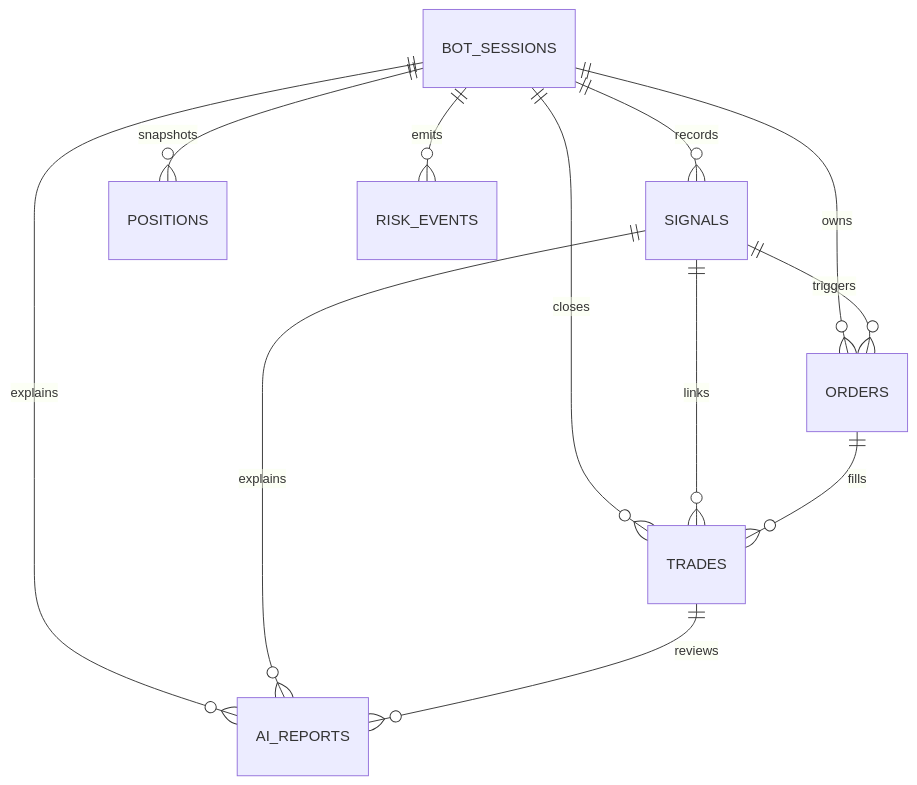
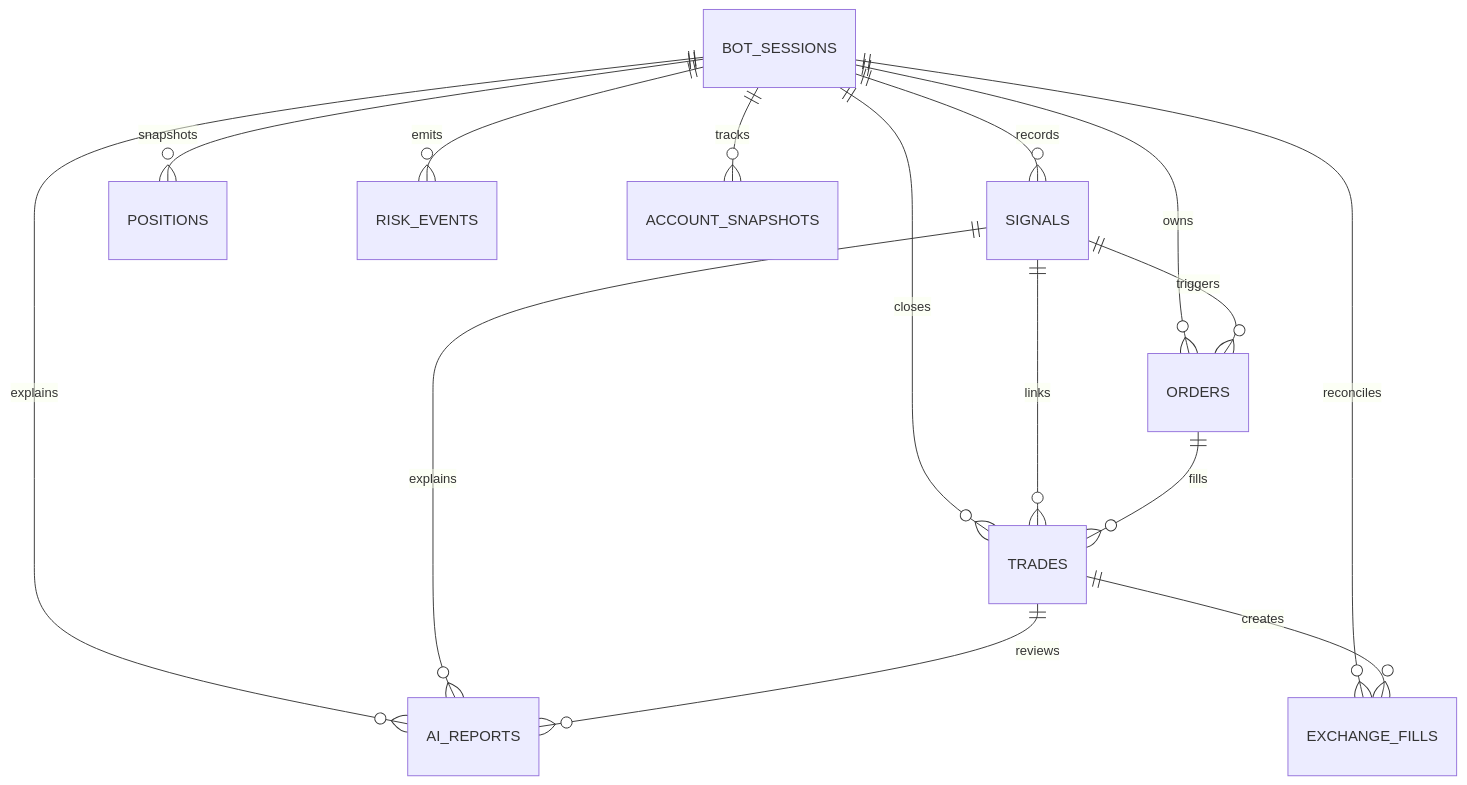
The second of 2 diagrams in docs/architecture.md (preethve11/lwk-futures-Trading-Bot), drawn with Mermaid before and after one commit. The commit also changed other lines of this file and 31 other files, not shown here.

````diff
--- a/docs/architecture.md
+++ b/docs/architecture.md
@@ -58,14 +63,17 @@
 ```mermaid
 erDiagram
     BOT_SESSIONS ||--o{ SIGNALS : records
     BOT_SESSIONS ||--o{ ORDERS : owns
     BOT_SESSIONS ||--o{ POSITIONS : snapshots
     BOT_SESSIONS ||--o{ TRADES : closes
     BOT_SESSIONS ||--o{ RISK_EVENTS : emits
     BOT_SESSIONS ||--o{ AI_REPORTS : explains
+    BOT_SESSIONS ||--o{ EXCHANGE_FILLS : reconciles
+    BOT_SESSIONS ||--o{ ACCOUNT_SNAPSHOTS : tracks
     SIGNALS ||--o{ ORDERS : triggers
     SIGNALS ||--o{ TRADES : links
     SIGNALS ||--o{ AI_REPORTS : explains
     ORDERS ||--o{ TRADES : fills
     TRADES ||--o{ AI_REPORTS : reviews
+    TRADES ||--o{ EXCHANGE_FILLS : creates
 ```
````
